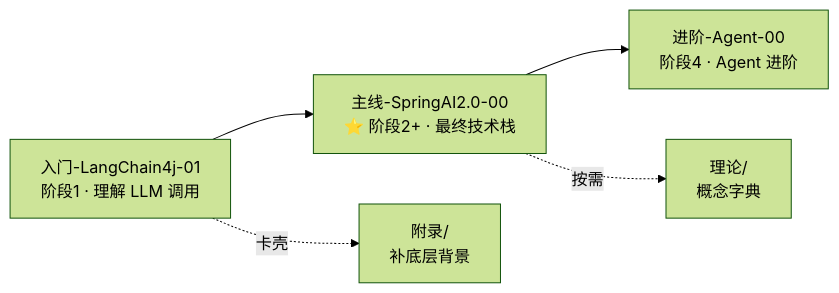
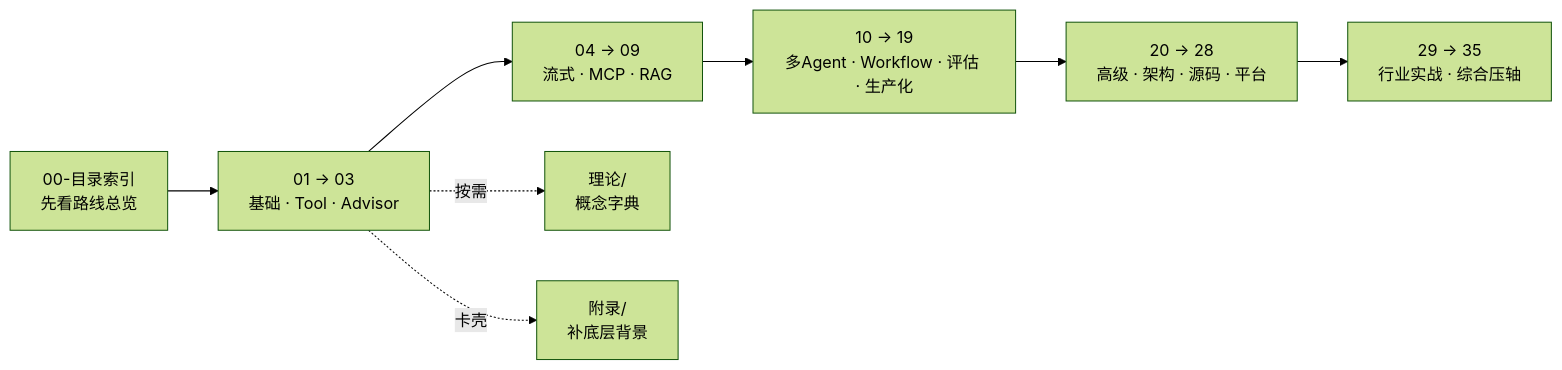
The diagram in docs/教程/README.md (UranusGit/java-agent-learn), drawn with Mermaid (forest theme) before and after one commit. The commit also changed other lines of this file and 77 other files, not shown here.

````diff
--- a/docs/教程/README.md
+++ b/docs/教程/README.md
@@ -24,7 +11,10 @@
 ```mermaid
 flowchart LR
-    L1["入门-LangChain4j-01<br/>阶段1 · 理解 LLM 调用"] --> L2["主线-SpringAI2.0-00<br/>⭐ 阶段2+ · 最终技术栈"]
-    L2 --> A["进阶-Agent-00<br/>阶段4 · Agent 进阶"]
-    L2 -.按需.-> T["理论/<br/>概念字典"]
+    IDX["00-目录索引<br/>先看路线总览"] --> L1["01 → 03<br/>基础 · Tool · Advisor"]
+    L1 --> L2["04 → 09<br/>流式 · MCP · RAG"]
+    L2 --> L3["10 → 19<br/>多Agent · Workflow · 评估 · 生产化"]
+    L3 --> L4["20 → 28<br/>高级 · 架构 · 源码 · 平台"]
+    L4 --> L5["29 → 35<br/>行业实战 · 综合压轴"]
+    L1 -.按需.-> T["理论/<br/>概念字典"]
     L1 -.卡壳.-> F["附录/<br/>补底层背景"]
 ```
````
